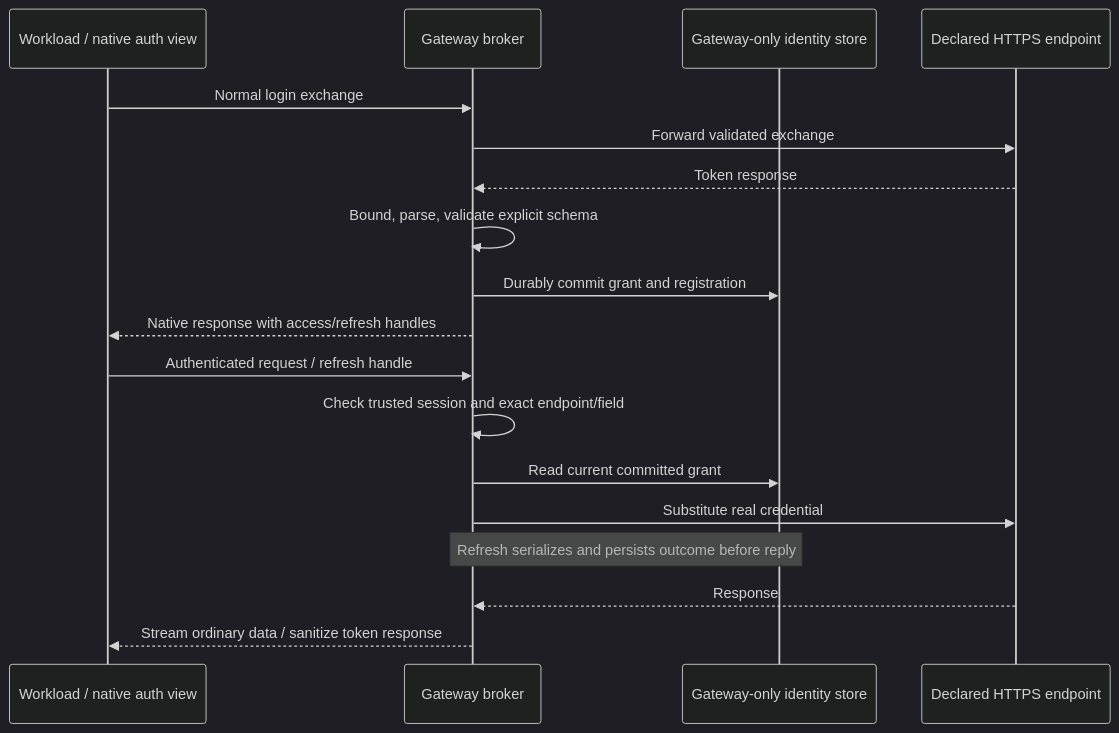
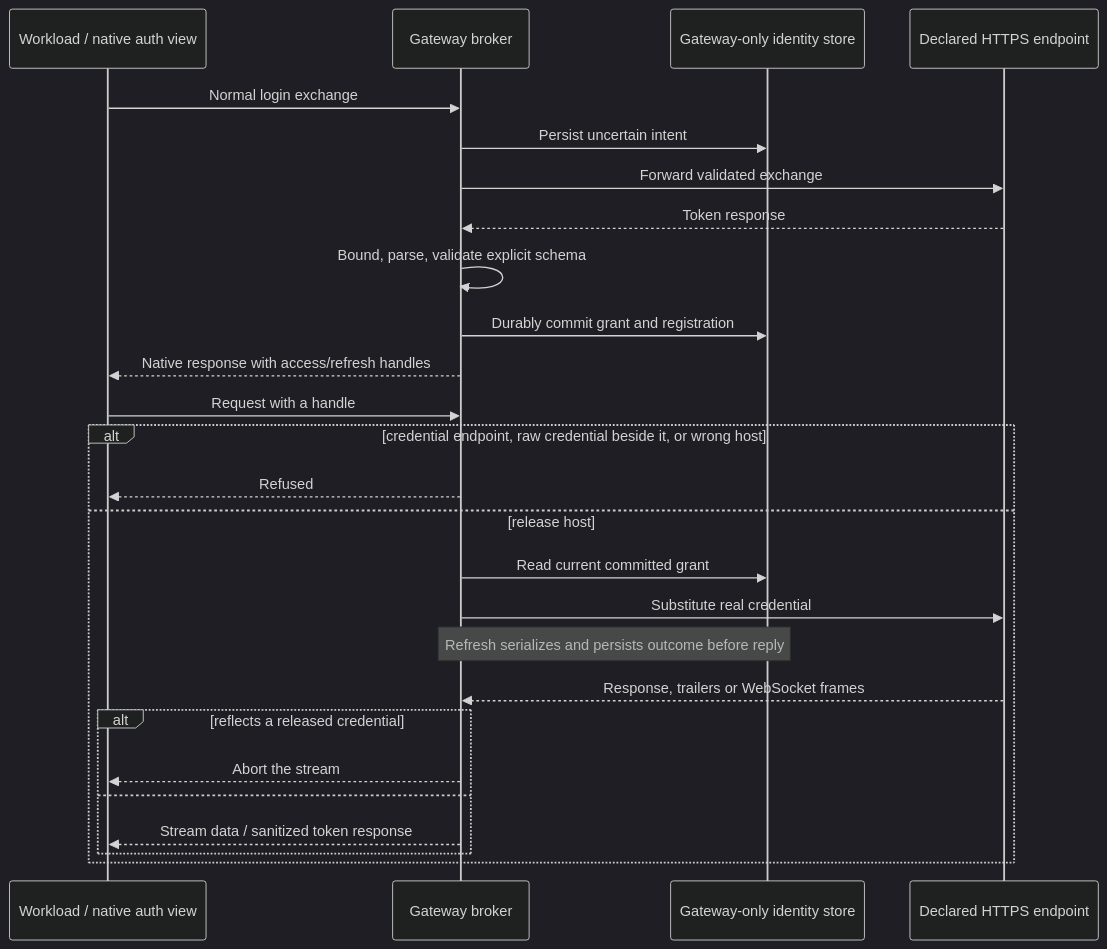
One commit to eclipse-enclave/enclave changed the second of 2 diagrams in docs/runtime/network-request-flow.md. Above: the diagram before and after it, drawn with Mermaid (dark theme). The commit also changed other lines of this file and 13 other files, not shown here.

````diff
--- a/docs/runtime/network-request-flow.md
+++ b/docs/runtime/network-request-flow.md
@@ -131,20 +131,28 @@
 ```mermaid
 sequenceDiagram
     participant Tool as Workload / native auth view
     participant Broker as Gateway broker
     participant Store as Gateway-only identity store
     participant Provider as Declared HTTPS endpoint
     Tool->>Broker: Normal login exchange
+    Broker->>Store: Persist uncertain intent
     Broker->>Provider: Forward validated exchange
     Provider-->>Broker: Token response
     Broker->>Broker: Bound, parse, validate explicit schema
     Broker->>Store: Durably commit grant and registration
     Broker-->>Tool: Native response with access/refresh handles
-    Tool->>Broker: Authenticated request / refresh handle
-    Broker->>Broker: Check trusted session and exact endpoint/field
-    Broker->>Store: Read current committed grant
-    Broker->>Provider: Substitute real credential
-    Note over Broker,Store: Refresh serializes and persists outcome before reply
-    Provider-->>Broker: Response
-    Broker-->>Tool: Stream ordinary data / sanitize token response
+    Tool->>Broker: Request with a handle
+    alt credential endpoint, raw credential beside it, or wrong host
+        Broker-->>Tool: Refused
+    else release host
+        Broker->>Store: Read current committed grant
+        Broker->>Provider: Substitute real credential
+        Note over Broker,Store: Refresh serializes and persists outcome before reply
+        Provider-->>Broker: Response, trailers or WebSocket frames
+        alt reflects a released credential
+            Broker-->>Tool: Abort the stream
+        else
+            Broker-->>Tool: Stream data / sanitized token response
+        end
+    end
 ```
````
